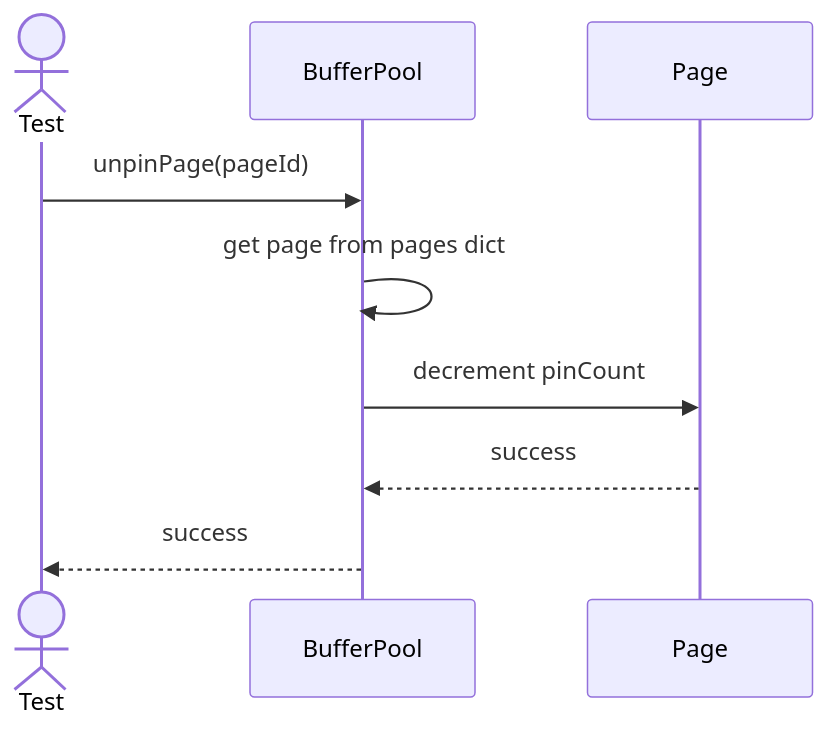
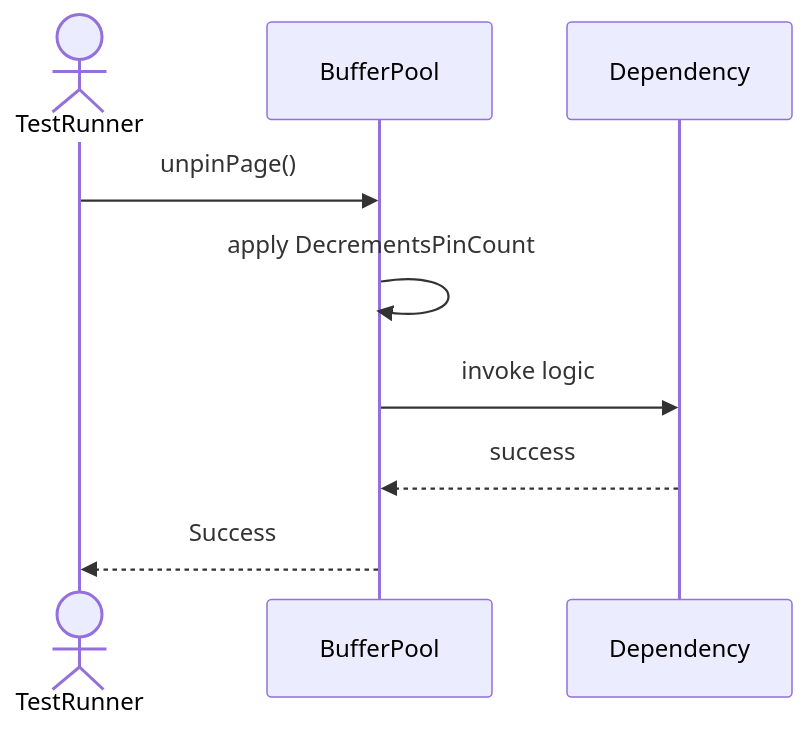
The second of 8 diagrams in Sequences/StorageEngine/BufferPool.md (TamBui1706/DBMS), drawn with Mermaid before and after one commit. The commit also changed other lines of this file and 63 other files, not shown here.

Commit message:
Draw sequence diagram for unit tests

````diff
--- a/Sequences/StorageEngine/BufferPool.md
+++ b/Sequences/StorageEngine/BufferPool.md
@@ -31,12 +35,10 @@
 ```mermaid
 sequenceDiagram
-    actor Test
+    actor TestRunner
     participant BufferPool
-    participant Page
-
-    Test->>BufferPool: unpinPage(pageId)
-    BufferPool->>BufferPool: get page from pages dict
-    BufferPool->>Page: decrement pinCount
-    Page-->>BufferPool: success
-    BufferPool-->>Test: success
+    TestRunner->>BufferPool: unpinPage()
+    BufferPool->>BufferPool: apply DecrementsPinCount
+    BufferPool->>Dependency: invoke logic
+    Dependency-->>BufferPool: success
+    BufferPool-->>TestRunner: Success
 ```
````
